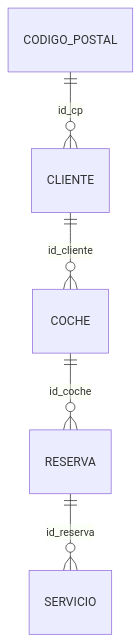
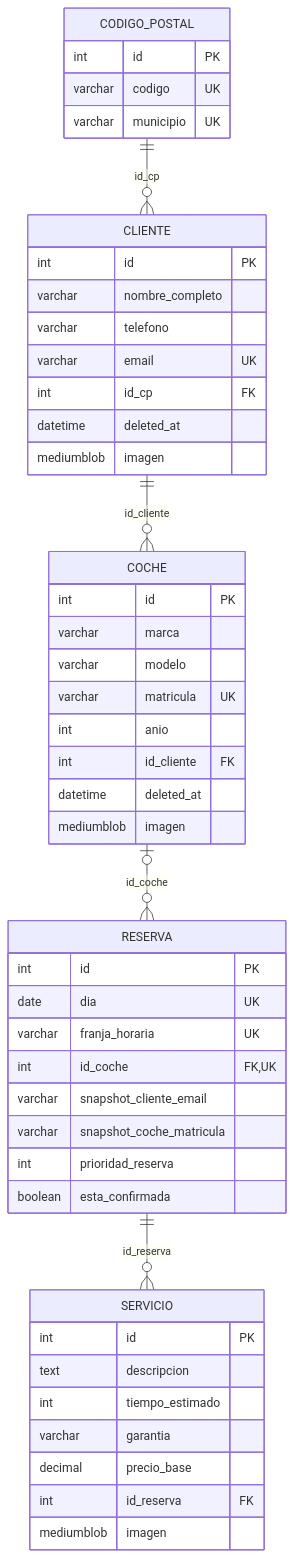
The diagram in README.MD (carmen-404/talleres-moises-php-app), drawn with Mermaid before and after one commit. The commit also changed other lines of this file and 14 other files, not shown here.

````diff
--- a/README.MD
+++ b/README.MD
@@ -58,7 +59,55 @@
 ```mermaid
 erDiagram
+  CODIGO_POSTAL {
+    int id PK
+    varchar codigo UK
+    varchar municipio UK
+  }
+
+  CLIENTE {
+    int id PK
+    varchar nombre_completo
+    varchar telefono
+    varchar email UK
+    int id_cp FK
+    datetime deleted_at
+    mediumblob imagen
+  }
+
+  COCHE {
+    int id PK
+    varchar marca
+    varchar modelo
+    varchar matricula UK
+    int anio
+    int id_cliente FK
+    datetime deleted_at
+    mediumblob imagen
+  }
+
+  RESERVA {
+    int id PK
+    date dia UK
+    varchar franja_horaria UK
+    int id_coche FK, UK
+    varchar snapshot_cliente_email
+    varchar snapshot_coche_matricula
+    int prioridad_reserva
+    boolean esta_confirmada
+  }
+
+  SERVICIO {
+    int id PK
+    text descripcion
+    int tiempo_estimado
+    varchar garantia
+    decimal precio_base
+    int id_reserva FK
+    mediumblob imagen
+  }
+
   CODIGO_POSTAL ||--o{ CLIENTE : "id_cp"
   CLIENTE ||--o{ COCHE : "id_cliente"
-  COCHE ||--o{ RESERVA : "id_coche"
+  COCHE |o--o{ RESERVA : "id_coche"
   RESERVA ||--o{ SERVICIO : "id_reserva"
 ```
````
